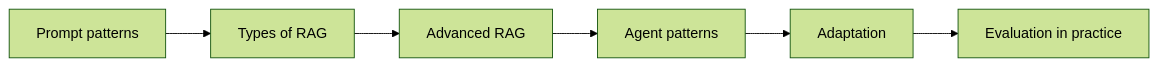
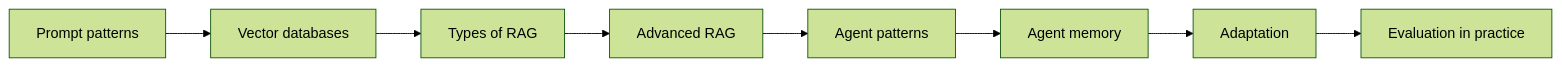
One commit to namphuongtran/ai-vault changed the diagram in content/en/deep-dives/_index.md. Above: the diagram before and after it, drawn with Mermaid (forest theme). The commit also changed other lines of this file and 7 other files, not shown here.

First line of the commit message:
Add two deep dives: Vector Databases and Agent Memory (EN + VI)

````diff
--- a/content/en/deep-dives/_index.md
+++ b/content/en/deep-dives/_index.md
@@ -24,5 +24,5 @@
 ```mermaid
 flowchart LR
-    A[Prompt patterns] --> B[Types of RAG] --> C[Advanced RAG]
-    C --> D[Agent patterns] --> E[Adaptation] --> F[Evaluation in practice]
+    A[Prompt patterns] --> B[Vector databases] --> C[Types of RAG] --> D[Advanced RAG]
+    D --> E[Agent patterns] --> F[Agent memory] --> G[Adaptation] --> H[Evaluation in practice]
 ```
````
